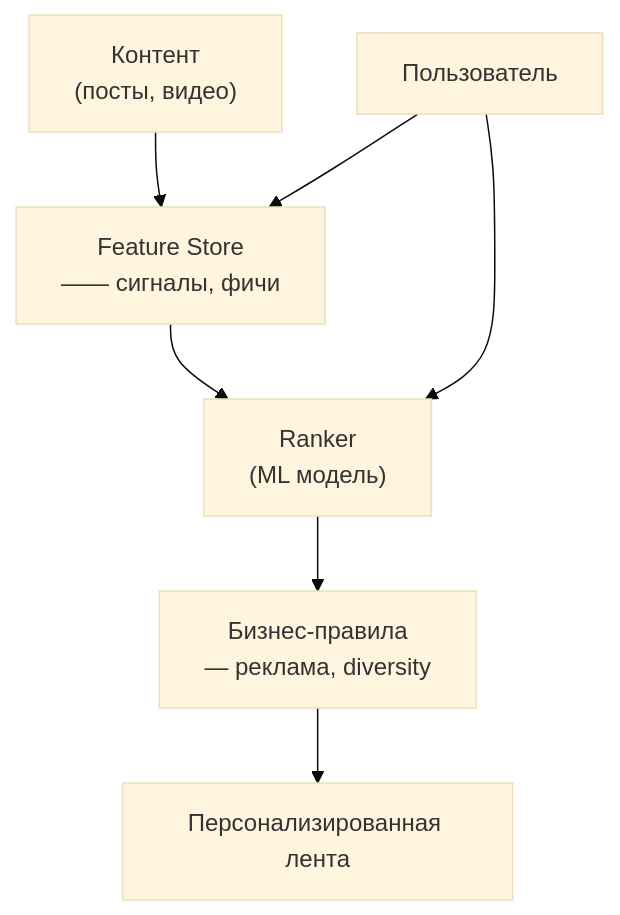
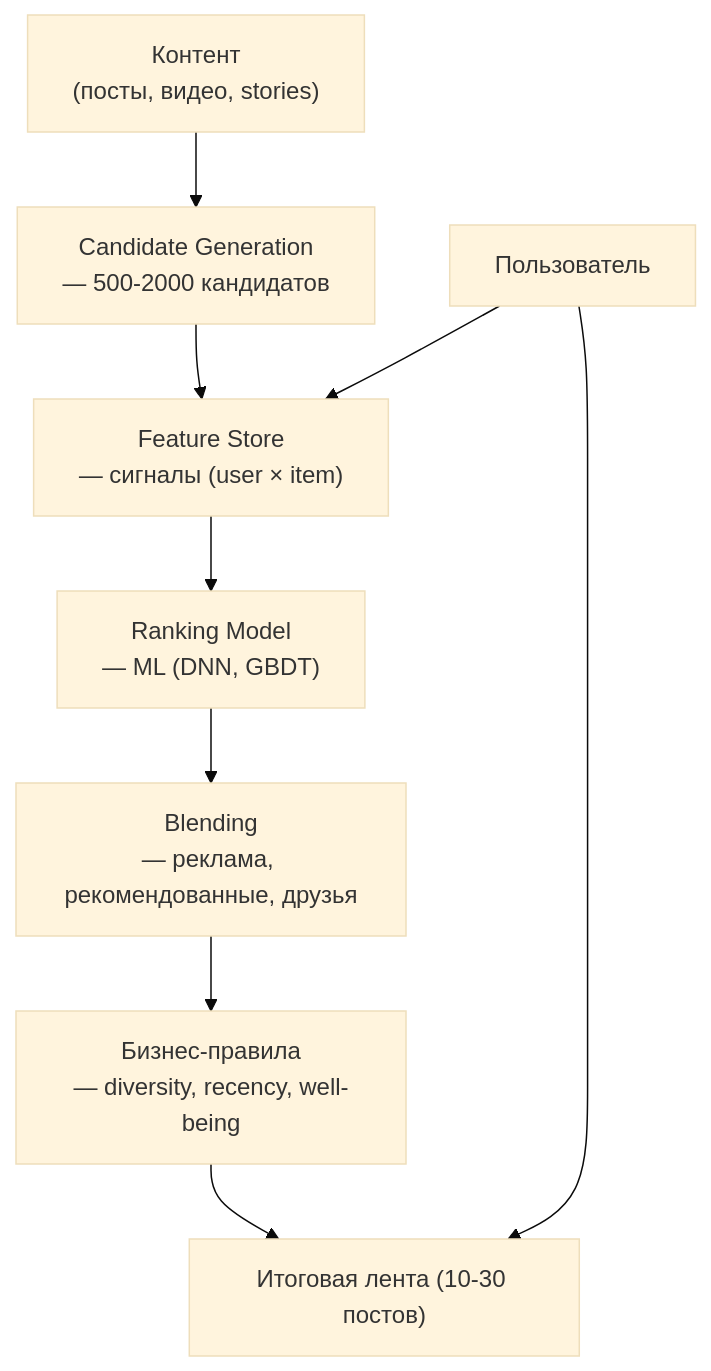
One commit to sergeyodnoval-bot/sysanalyst-kb.github.io changed the first of 2 diagrams in docs/specialization/socnet-feed.md. Above: the diagram before and after it, drawn with Mermaid (base theme). The commit also changed other lines of this file and 12 other files, not shown here.

````diff
--- a/docs/specialization/socnet-feed.md
+++ b/docs/specialization/socnet-feed.md
@@ -22,10 +31,12 @@
 ```mermaid
 flowchart TD
-    CONT["Контент<br/>(посты, видео)"]
-    CONT --> FB["Feature Store<br/>—— сигналы, фичи"]
-    FB --> RANK["Ranker<br/>(ML модель)"]
-    RANK --> POLICY["Бизнес-правила<br/>— реклама, diversity"]
-    POLICY --> FEED["Персонализированная лента"]
-    USER["Пользователь"] --> FB
-    USER --> RANK
+    CONT["Контент<br/>(посты, видео, stories)"]
+    CONT --> CANDIDATES["Candidate Generation<br/>— 500-2000 кандидатов"]
+    CANDIDATES --> FEATURES["Feature Store<br/>— сигналы (user × item)"]
+    FEATURES --> RANKING["Ranking Model<br/>— ML (DNN, GBDT)"]
+    RANKING --> BLENDING["Blending<br/>— реклама, рекомендованные, друзья"]
+    BLENDING --> POLICIES["Бизнес-правила<br/>— diversity, recency, well-being"]
+    POLICIES --> FEED["Итоговая лента (10-30 постов)"]
+    USER["Пользователь"] --> FEATURES
+    USER --> FEED
 ```
````
